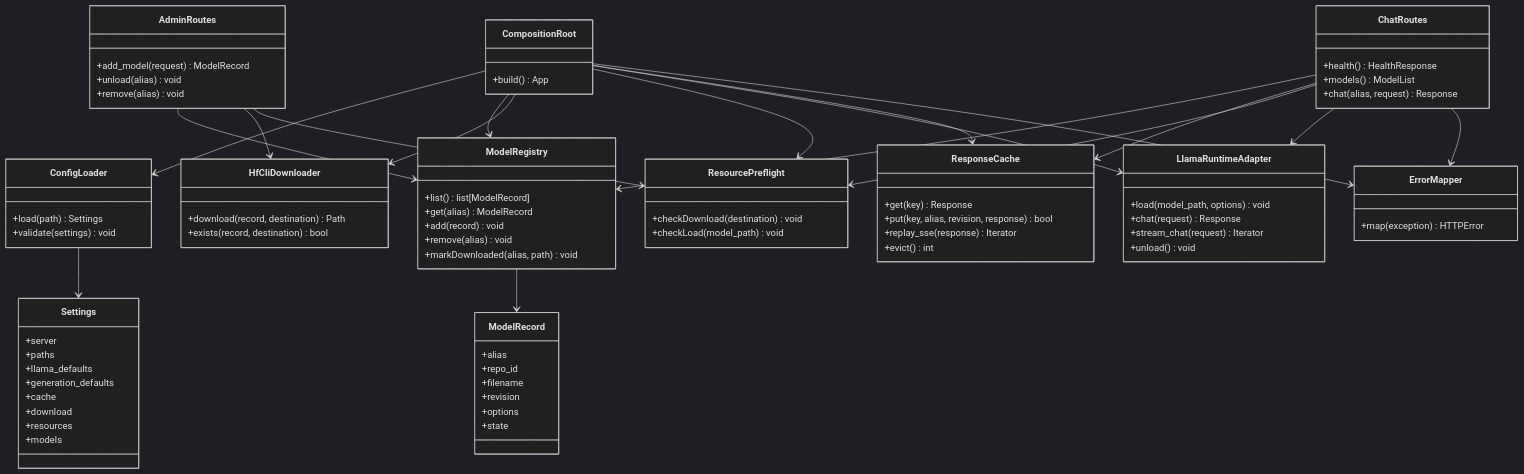
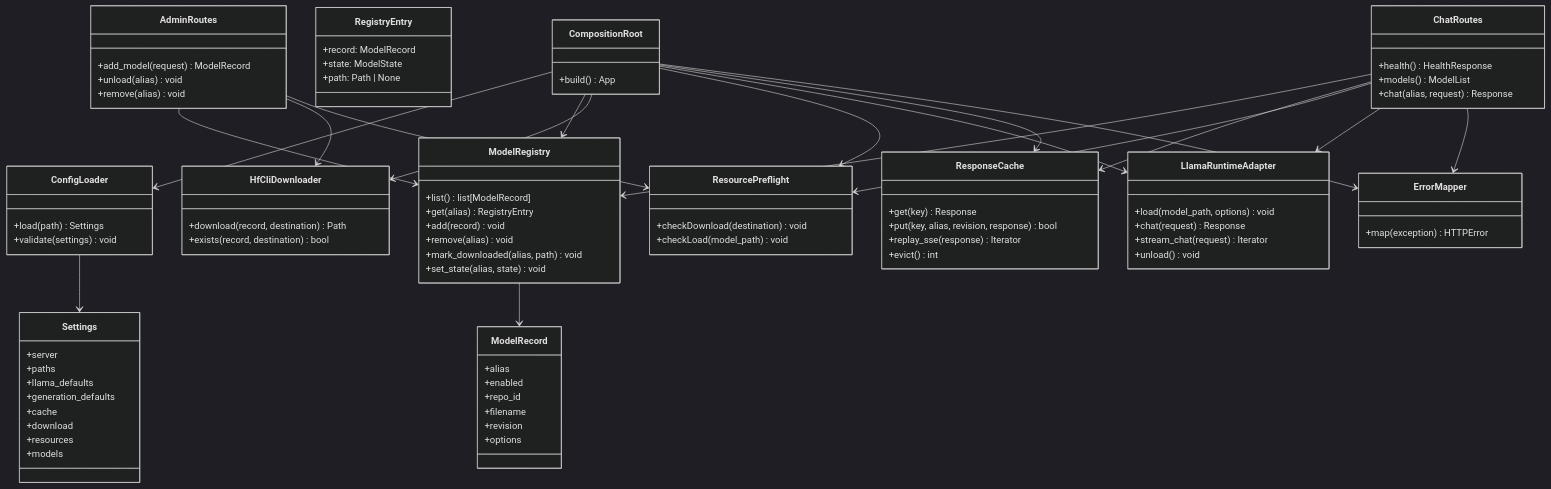
Before and after one commit to kkhatr2/local-llm: the second of 6 diagrams in docs/architecture.md, drawn with Mermaid (dark theme). The commit also changed other lines of this file and 5 other files, not shown here.

First line of the commit message:
Implement C3 ModelRegistry

```diff
--- a/docs/architecture.md
+++ b/docs/architecture.md
@@ -112,21 +112,28 @@
         +models
     }
 
+    class RegistryEntry {
+        +record: ModelRecord
+        +state: ModelState
+        +path: Path | None
+    }
+
     class ModelRegistry {
         +list() list[ModelRecord]
-        +get(alias) ModelRecord
+        +get(alias) RegistryEntry
         +add(record) void
         +remove(alias) void
-        +markDownloaded(alias, path) void
+        +mark_downloaded(alias, path) void
+        +set_state(alias, state) void
     }
 
     class ModelRecord {
         +alias
+        +enabled
         +repo_id
         +filename
         +revision
         +options
-        +state
     }
 
     class HfCliDownloader {
```
